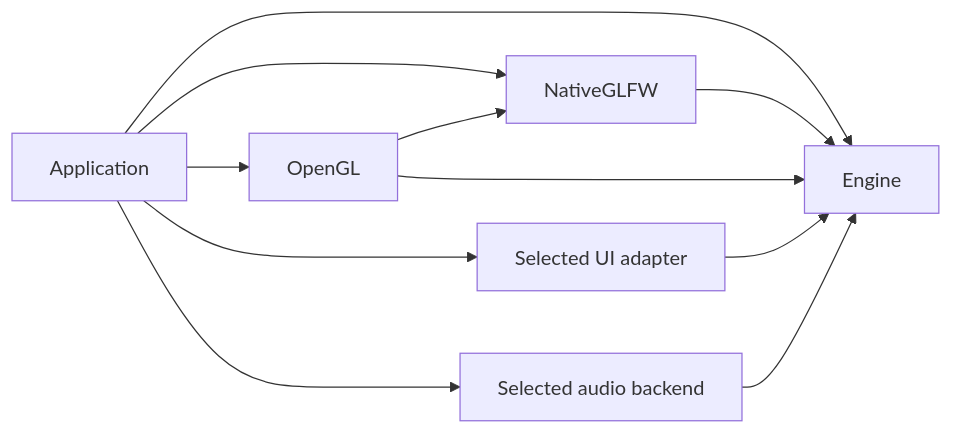
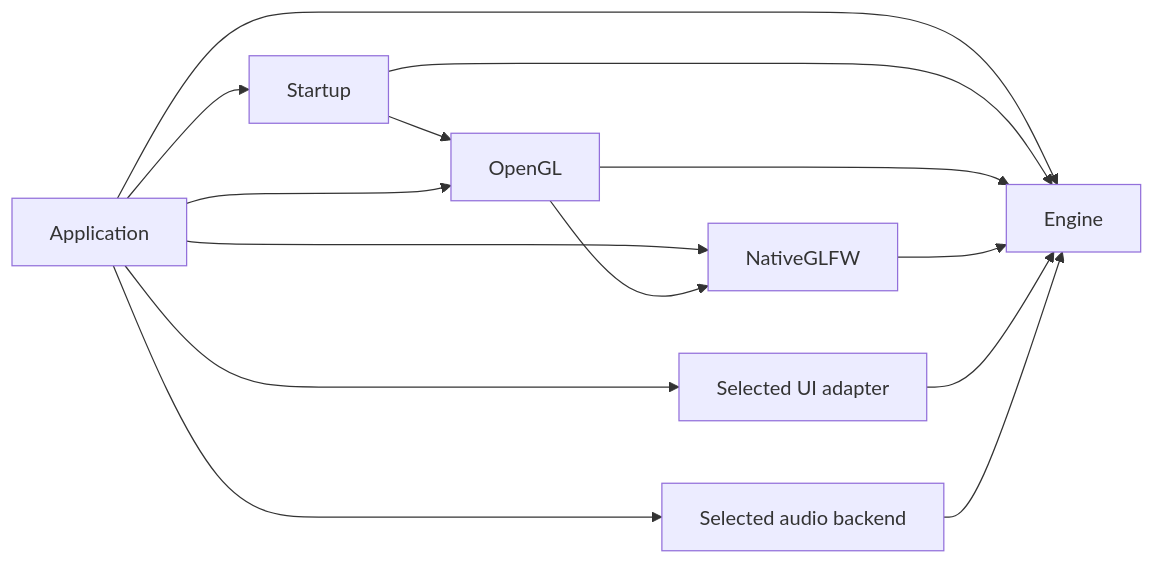
Before and after one commit to cppcooper/cheryl-engine: the diagram in docs/development/modules.md, drawn with Mermaid. The commit also changed other lines of this file and 367 other files, not shown here.

````diff
--- a/docs/development/modules.md
+++ b/docs/development/modules.md
@@ -30,13 +30,16 @@
 ```mermaid
 flowchart LR
     Application --> Engine
+    Application --> Startup
+    Startup --> Engine
+    Startup --> OpenGL
     Application --> NativeGLFW
     Application --> OpenGL
     OpenGL --> NativeGLFW
     OpenGL --> Engine
     NativeGLFW --> Engine
     Application --> UI[Selected UI adapter]
     UI --> Engine
     Application --> Audio[Selected audio backend]
     Audio --> Engine
 ```
````
